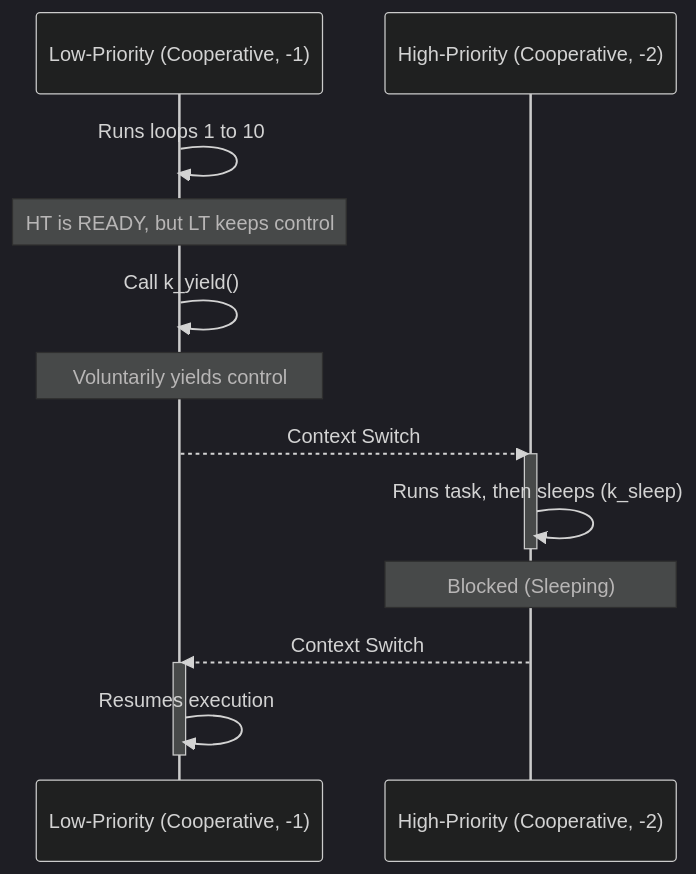
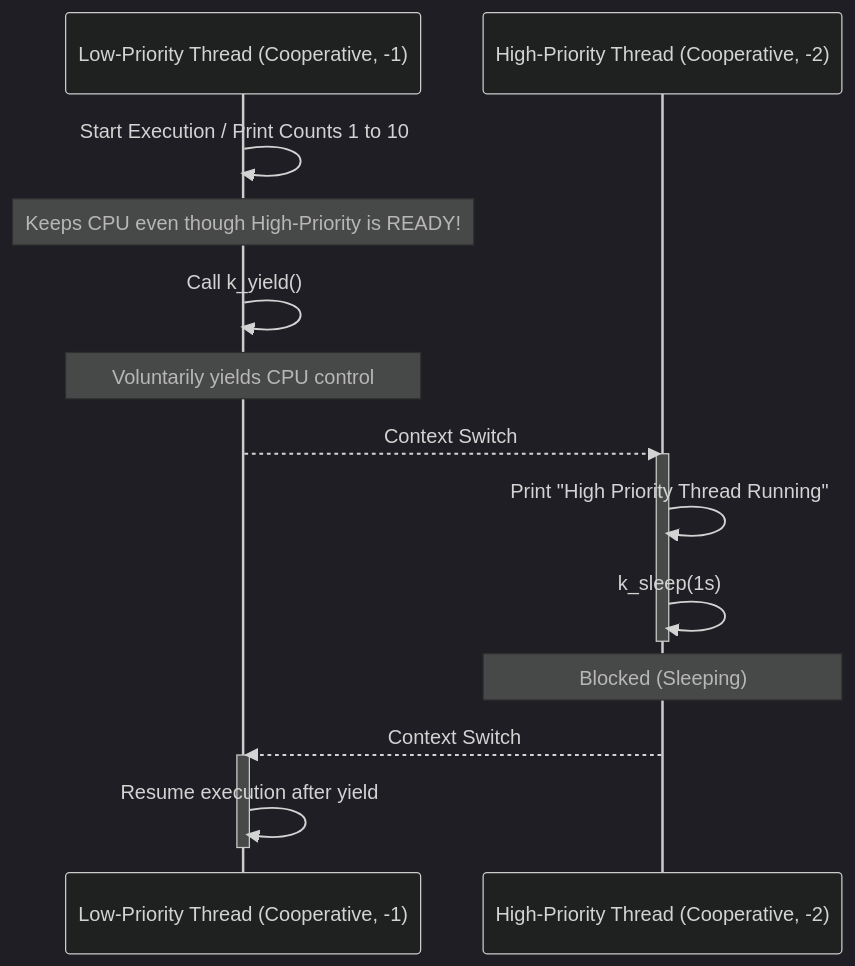
Before and after one commit to PriyaSelvakumar123/zephyr-rtos-projects: the first of 2 diagrams in README.md, drawn with Mermaid (dark theme). The commit also changed other lines of this file, not shown here.

````diff
--- a/README.md
+++ b/README.md
@@ -111,18 +120,19 @@
 ```mermaid
 sequenceDiagram
-    participant LT as Low-Priority (Cooperative, -1)
-    participant HT as High-Priority (Cooperative, -2)
-    LT->>LT: Runs loops 1 to 10
-    Note over LT: HT is READY, but LT keeps control
+    participant LT as Low-Priority Thread (Cooperative, -1)
+    participant HT as High-Priority Thread (Cooperative, -2)
+    LT->>LT: Start Execution / Print Counts 1 to 10
+    Note over LT: Keeps CPU even though High-Priority is READY!
     LT->>LT: Call k_yield()
-    Note over LT: Voluntarily yields control
+    Note over LT: Voluntarily yields CPU control
     LT-->>HT: Context Switch
     activate HT
-    HT->>HT: Runs task, then sleeps (k_sleep)
+    HT->>HT: Print "High Priority Thread Running"
+    HT->>HT: k_sleep(1s)
     deactivate HT
     Note over HT: Blocked (Sleeping)
     HT-->>LT: Context Switch
     activate LT
-    LT->>LT: Resumes execution
+    LT->>LT: Resume execution after yield
     deactivate LT
 ```
````
